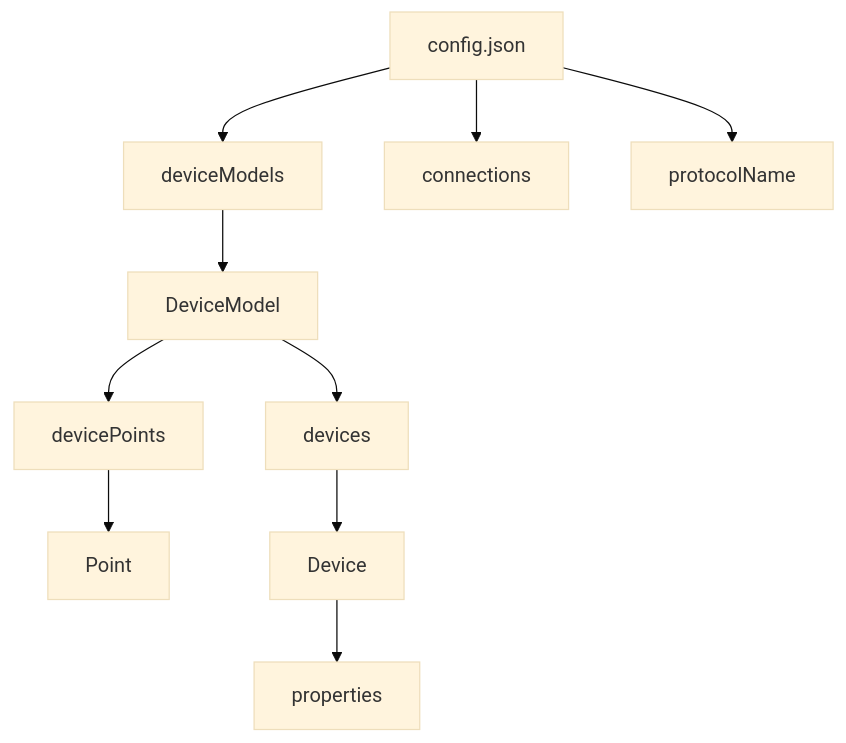
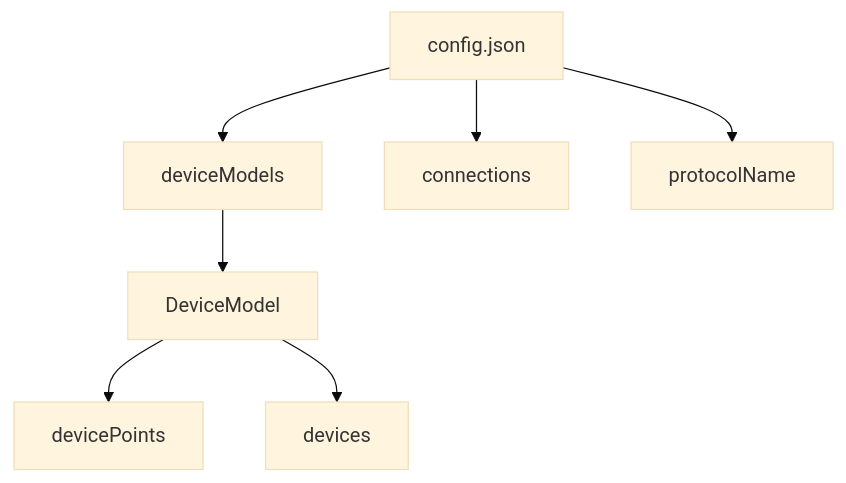
One commit to ibuilding-X/driver-box changed the diagram in pages/src/content/docs/guides/device-config.mdx. Above: the diagram before and after it, drawn with Mermaid (base theme). The commit also changed other lines of this file, not shown here.

Commit message:
refactor(docs): 更新设备配置文档的架构图和层级说明
- 移除了架构图中 Point、Device 和 properties 的节点定义
- 删除了对应的概念说明：点位、设备实例和设备属性
- 调整了层级结构以保持一致性
- 更新了架构图的节点连接关系

````diff
--- a/pages/src/content/docs/guides/device-config.mdx
+++ b/pages/src/content/docs/guides/device-config.mdx
@@ -48,15 +48,11 @@
 ```mermaid
 graph TD
     A[config.json] --> B[deviceModels]
     A --> C[connections]
     A --> D[protocolName]
 
     B --> E[DeviceModel]
     E --> F[devicePoints]
     E --> G[devices]
 
-    F --> H[Point]
-
-    G --> I[Device]
-    I --> J[properties]
 ```
````
